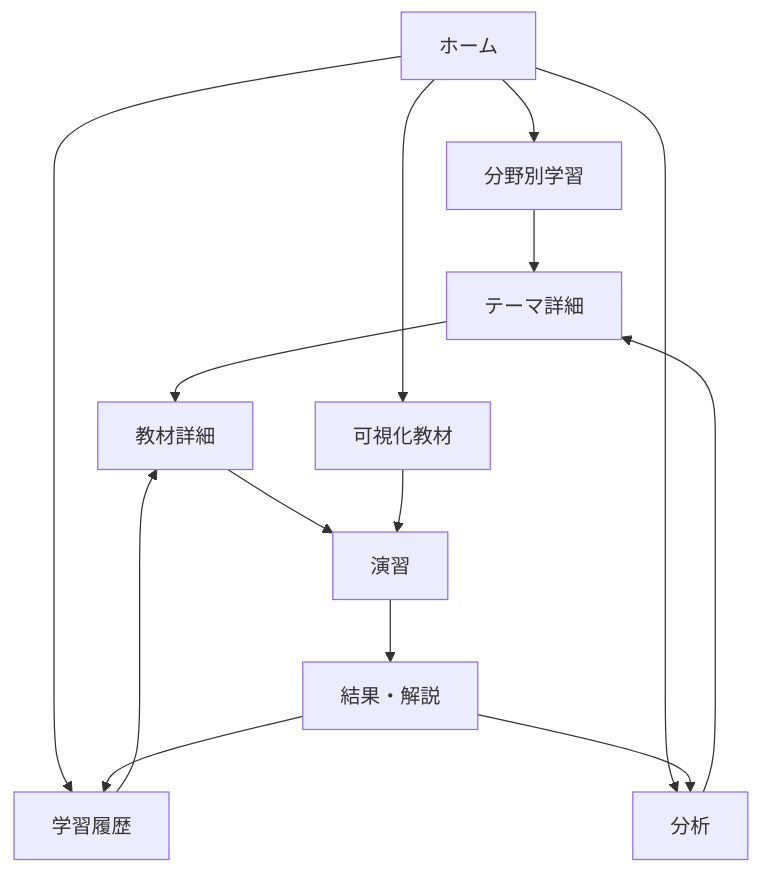
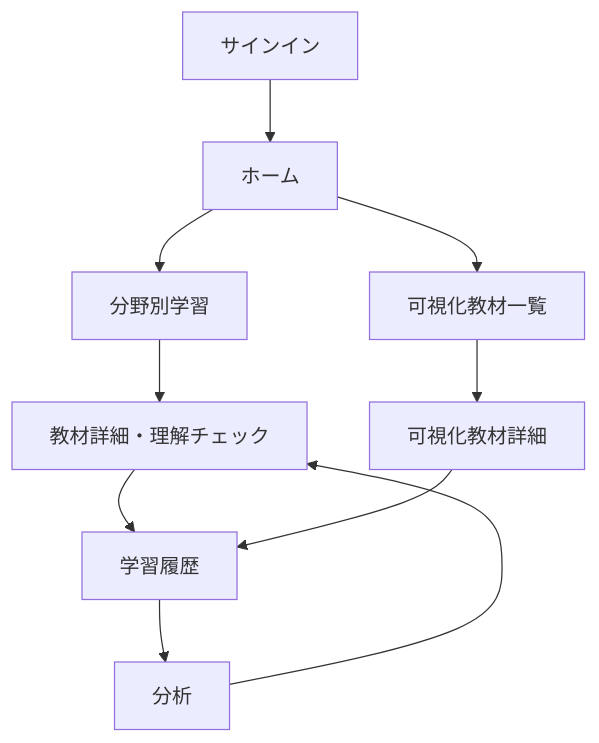
One commit to FujiJPProject/IPAStudyApp changed the second of 5 diagrams in 設計/ap-study-app-design.md. Above: the diagram before and after it, drawn with Mermaid. The commit also changed other lines of this file and 1 other file, not shown here.

````diff
--- a/設計/ap-study-app-design.md
+++ b/設計/ap-study-app-design.md
@@ -109,16 +213,12 @@
 ```mermaid
 flowchart TD
-  Home["ホーム"] --> Learn["分野別学習"]
-  Home --> Visuals["可視化教材"]
-  Home --> History["学習履歴"]
-  Home --> Analysis["分析"]
-  Learn --> Topic["テーマ詳細"]
-  Topic --> Material["教材詳細"]
-  Material --> Practice["演習"]
-  Visuals --> Practice
-  Practice --> Result["結果・解説"]
-  Result --> History
-  Result --> Analysis
-  Analysis --> Topic
-  History --> Material
+  SignIn["サインイン"] --> Home["ホーム"]
+  Home --> Learn["分野別学習"]
+  Learn --> Material["教材詳細・理解チェック"]
+  Home --> Visuals["可視化教材一覧"]
+  Visuals --> VisualDetail["可視化教材詳細"]
+  Material --> History["学習履歴"]
+  VisualDetail --> History
+  History --> Analysis["分析"]
+  Analysis --> Material
 ```
````
